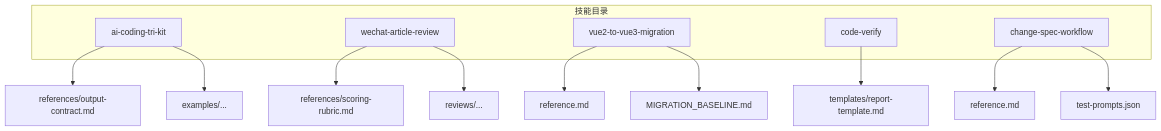
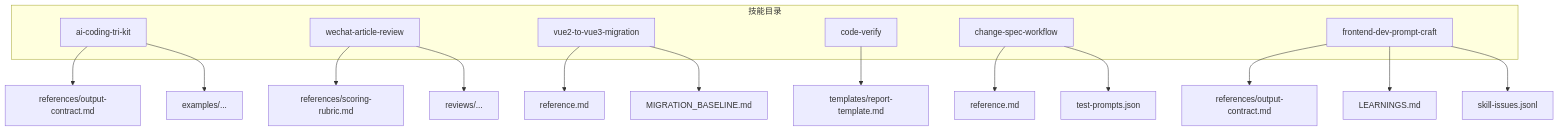
Before and after one commit to yangmeishux/frontend-team-marketplace: the first of 9 diagrams in .qoder/repowiki/zh/content/现有技能示例/现有技能示例.md, drawn with Mermaid. The commit also changed other lines of this file and 6 other files, not shown here.

````diff
--- a/.qoder/repowiki/zh/content/现有技能示例/现有技能示例.md
+++ b/.qoder/repowiki/zh/content/现有技能示例/现有技能示例.md
@@ -48,19 +54,23 @@
 ```mermaid
 graph TB
 subgraph "技能目录"
 A["ai-coding-tri-kit"]
 B["wechat-article-review"]
 C["vue2-to-vue3-migration"]
 D["code-verify"]
 E["change-spec-workflow"]
+F["frontend-dev-prompt-craft"]
 end
 A --> A1["references/output-contract.md"]
 A --> A2["examples/..."]
 B --> B1["references/scoring-rubric.md"]
 B --> B2["reviews/..."]
 C --> C1["reference.md"]
 C --> C2["MIGRATION_BASELINE.md"]
 D --> D1["templates/report-template.md"]
 E --> E1["reference.md"]
 E --> E2["test-prompts.json"]
+F --> F1["references/output-contract.md"]
+F --> F2["LEARNINGS.md"]
+F --> F3["skill-issues.jsonl"]
 ```
````
